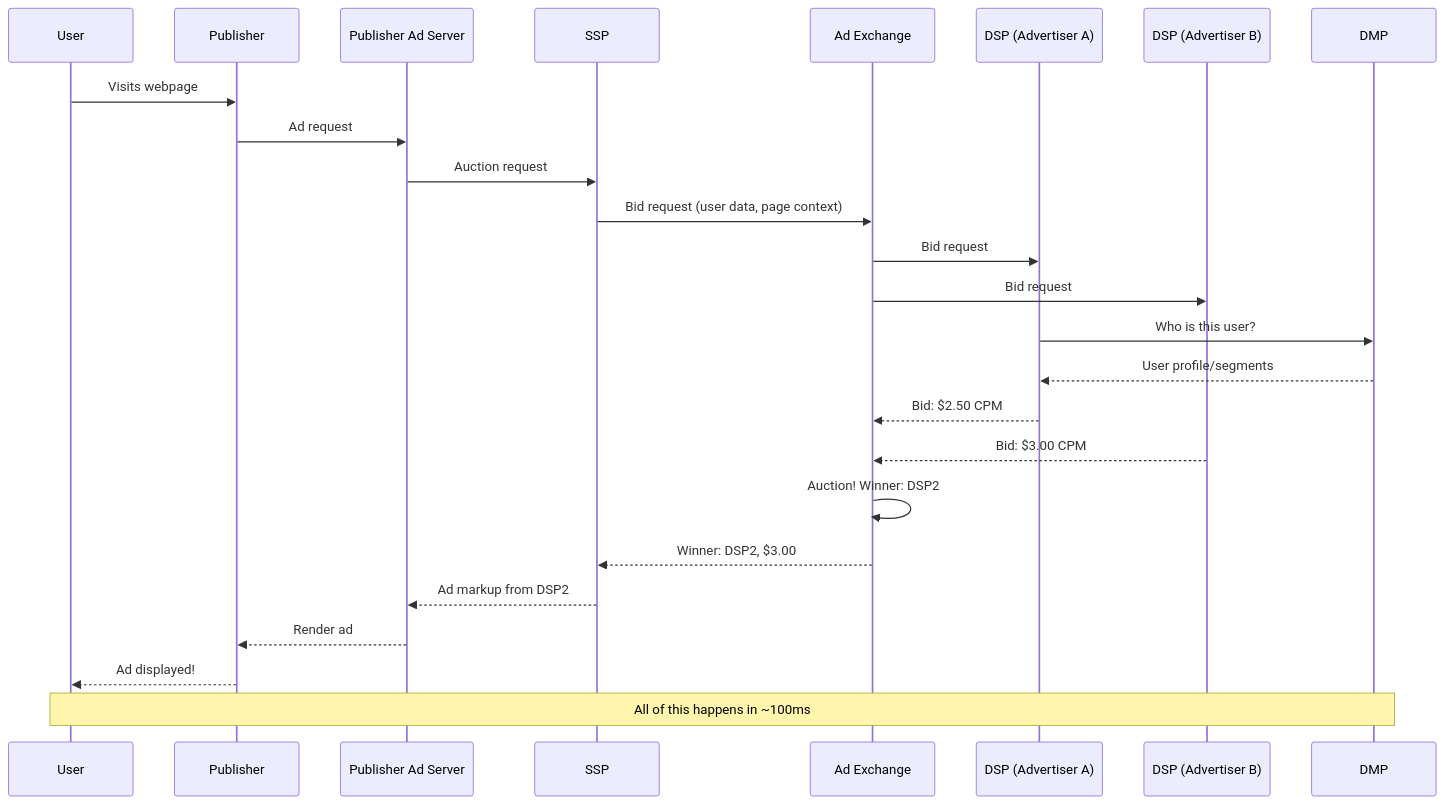
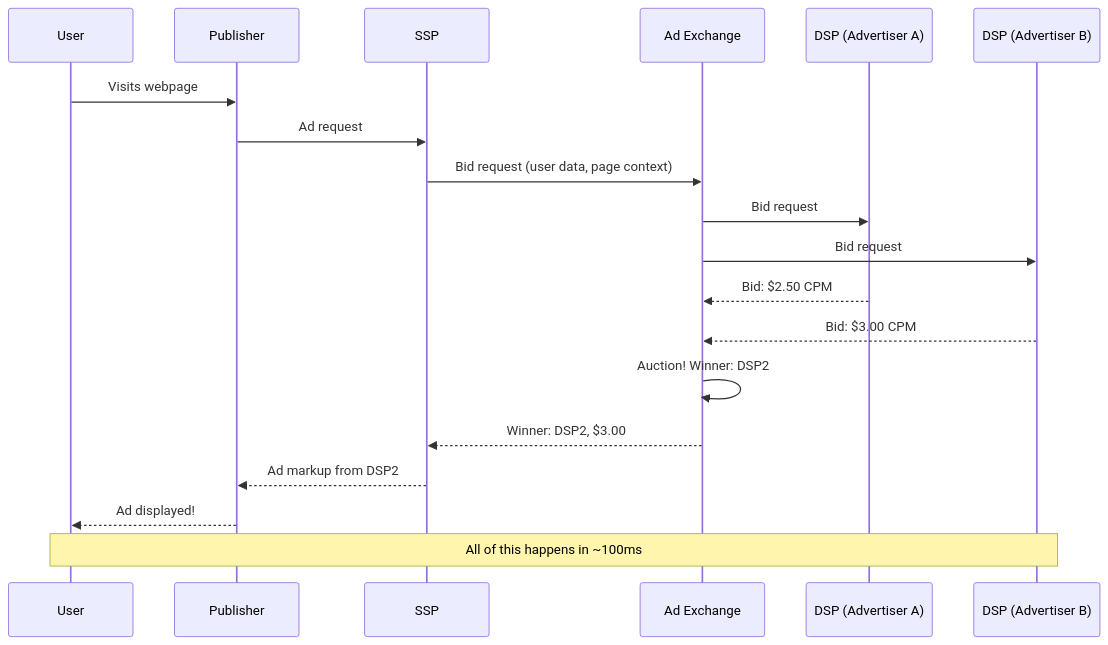
Before and after one commit to saanghyuk/ship-your-ads: the second of 4 diagrams in adtech/programmatic.mdx, drawn with Mermaid. The commit also changed other lines of this file and 47 other files, not shown here.

````diff
--- a/adtech/programmatic.mdx
+++ b/adtech/programmatic.mdx
@@ -178,29 +129,23 @@
 ```mermaid
 sequenceDiagram
     participant User as User
     participant Pub as Publisher
-    participant PAS as Publisher Ad Server
     participant SSP as SSP
     participant AX as Ad Exchange
     participant DSP1 as DSP (Advertiser A)
     participant DSP2 as DSP (Advertiser B)
-    participant DMP as DMP
 
     User->>Pub: Visits webpage
-    Pub->>PAS: Ad request
-    PAS->>SSP: Auction request
+    Pub->>SSP: Ad request
     SSP->>AX: Bid request (user data, page context)
     AX->>DSP1: Bid request
     AX->>DSP2: Bid request
-    DSP1->>DMP: Who is this user?
-    DMP-->>DSP1: User profile/segments
     DSP1-->>AX: Bid: $2.50 CPM
     DSP2-->>AX: Bid: $3.00 CPM
     AX->>AX: Auction! Winner: DSP2
     AX-->>SSP: Winner: DSP2, $3.00
-    SSP-->>PAS: Ad markup from DSP2
-    PAS-->>Pub: Render ad
+    SSP-->>Pub: Ad markup from DSP2
     Pub-->>User: Ad displayed!
 
-    Note over User,DMP: All of this happens in ~100ms
+    Note over User,DSP2: All of this happens in ~100ms
 ```
````
